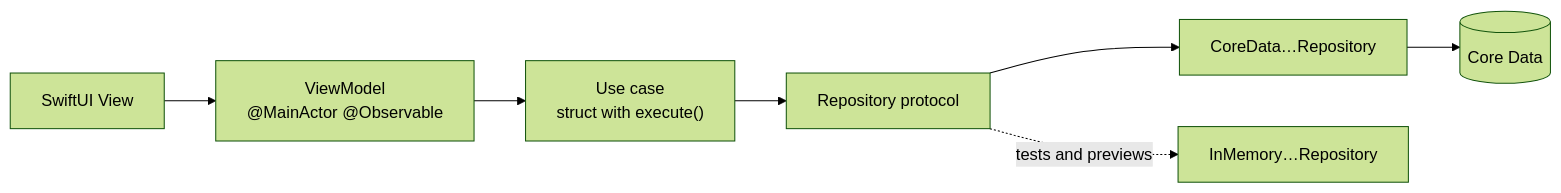
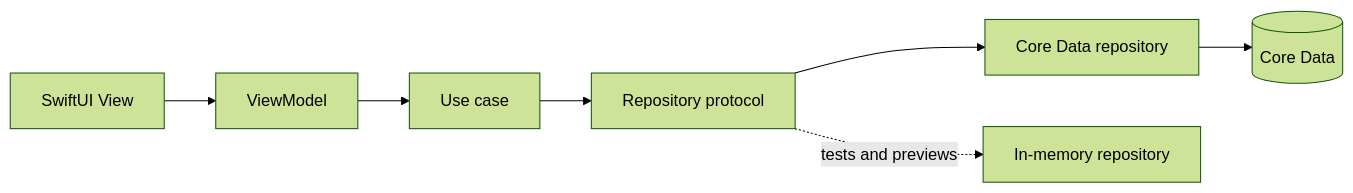
Before and after one commit to Loelp/RoutineReady: the diagram in README.md, drawn with Mermaid (forest theme). The commit also changed other lines of this file, not shown here.

````diff
--- a/README.md
+++ b/README.md
@@ -44,9 +42,9 @@
 ```mermaid
 flowchart LR
-    V[SwiftUI View] --> VM["ViewModel<br/>@MainActor @Observable"]
-    VM --> UC["Use case<br/>struct with execute()"]
-    UC --> R["Repository protocol"]
-    R --> CD["CoreData…Repository"]
-    R -. tests and previews .-> IM["InMemory…Repository"]
+    V[SwiftUI View] --> VM[ViewModel]
+    VM --> UC[Use case]
+    UC --> R[Repository protocol]
+    R --> CD[Core Data repository]
+    R -. tests and previews .-> IM[In-memory repository]
     CD --> DB[(Core Data)]
 ```
````
